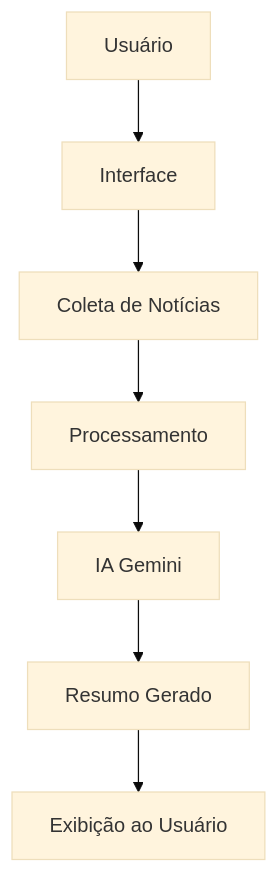
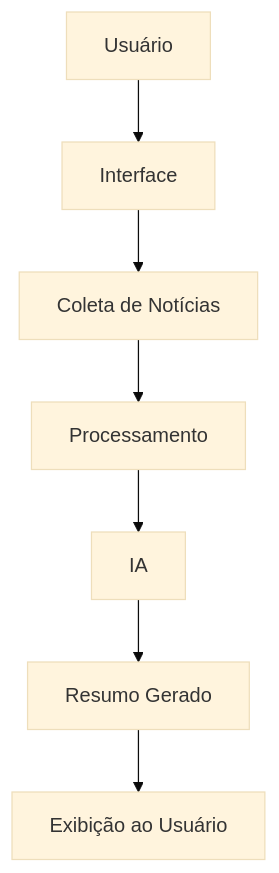
One commit to jhonnyvsn/Resumo_de_Noticias changed the diagram in README.md. Above: the diagram before and after it, drawn with Mermaid (base theme).

Commit message:
docs: adiciona diagrama de arquitetura

````diff
--- a/README.md
+++ b/README.md
@@ -23,9 +23,9 @@
 ```mermaid
 graph TD
 A[Usuário] --> B[Interface]
 B --> C[Coleta de Notícias]
 C --> D[Processamento]
-D --> E[IA Gemini]
+D --> E[IA]
 E --> F[Resumo Gerado]
 F --> G[Exibição ao Usuário]
 ```
````
